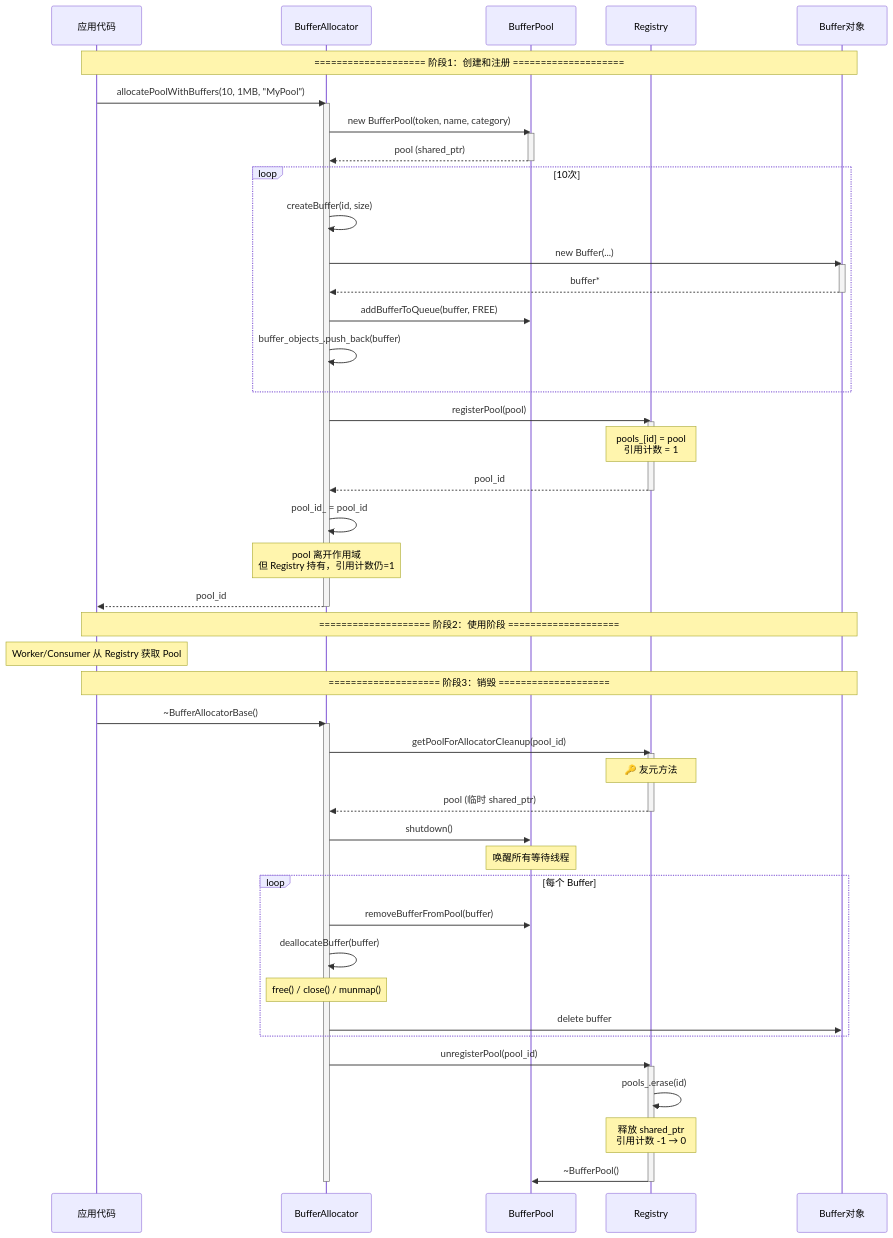
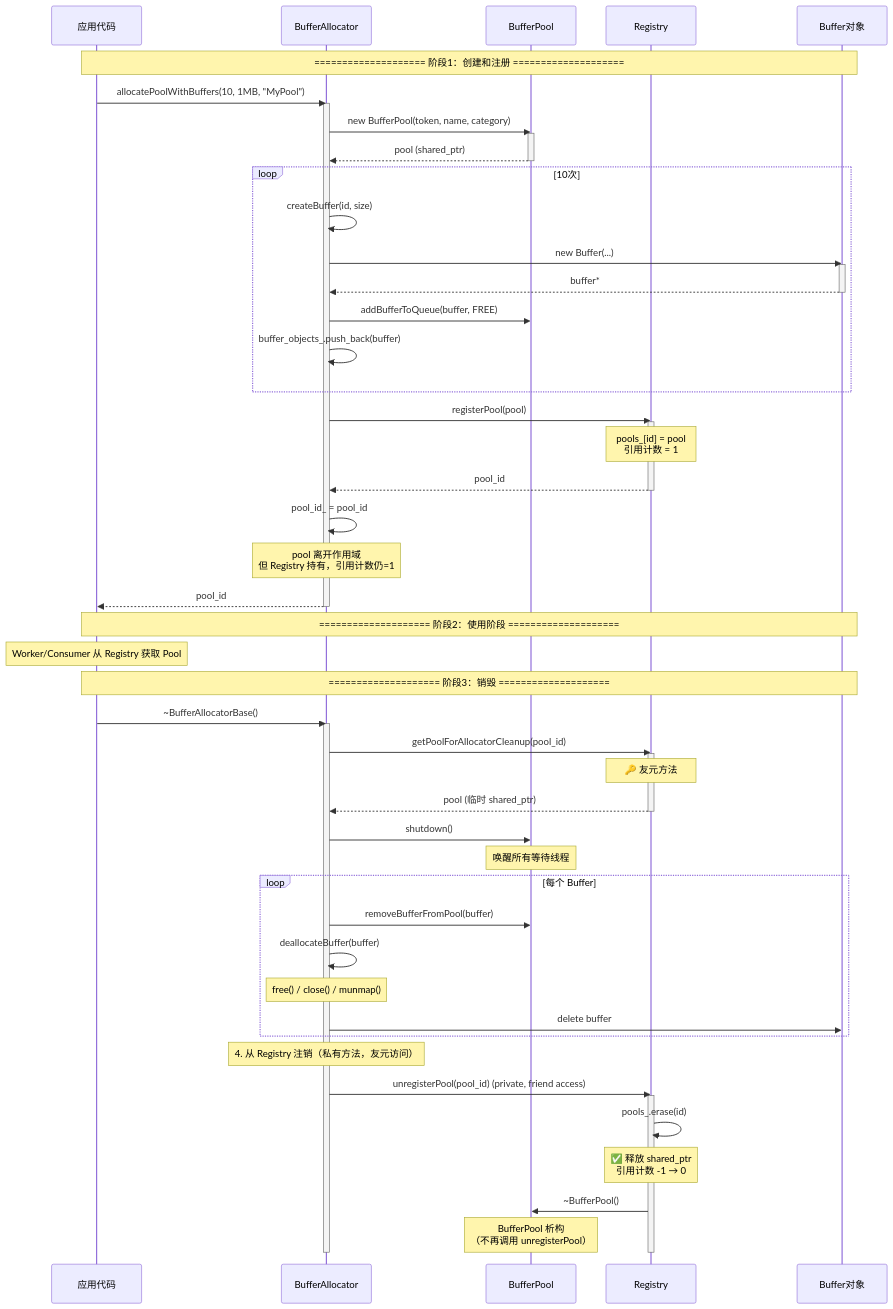
The ninth of 12 diagrams in include/buffer/Buffer-subsystem-architecture.md (luoxiafeng-1990/components), drawn with Mermaid before and after one commit. The commit also changed other lines of this file and 15 other files, not shown here.

Commit message:
(1)register manage all bufferPool,including the creator (2)all allocators responsible for bufferPool create and destroy,when doing de-constructor,must call destroyPool function by each allocator-sub-class

````diff
--- a/include/buffer/Buffer-subsystem-architecture.md
+++ b/include/buffer/Buffer-subsystem-architecture.md
@@ -2390,75 +2421,77 @@
 ```mermaid
 sequenceDiagram
     participant App as 应用代码
     participant Alloc as BufferAllocator
     participant Pool as BufferPool
     participant Reg as Registry
     participant Buf as Buffer对象
     
     Note over App,Buf: ==================== 阶段1：创建和注册 ====================
     
     App->>Alloc: allocatePoolWithBuffers(10, 1MB, "MyPool")
     activate Alloc
     
     Alloc->>Pool: new BufferPool(token, name, category)
     activate Pool
     Pool-->>Alloc: pool (shared_ptr)
     deactivate Pool
     
     loop 10次
         Alloc->>Alloc: createBuffer(id, size)
         Alloc->>Buf: new Buffer(...)
         activate Buf
         Buf-->>Alloc: buffer*
         deactivate Buf
         
         Alloc->>Pool: addBufferToQueue(buffer, FREE)
         Alloc->>Alloc: buffer_objects_.push_back(buffer)
     end
     
     Alloc->>Reg: registerPool(pool)
     activate Reg
     Note over Reg: pools_[id] = pool<br/>引用计数 = 1
     Reg-->>Alloc: pool_id
     deactivate Reg
     
     Alloc->>Alloc: pool_id_ = pool_id
     Note over Alloc: pool 离开作用域<br/>但 Registry 持有，引用计数仍=1
     
     Alloc-->>App: pool_id
     deactivate Alloc
     
     Note over App,Buf: ==================== 阶段2：使用阶段 ====================
     Note over App: Worker/Consumer 从 Registry 获取 Pool
     
     Note over App,Buf: ==================== 阶段3：销毁 ====================
     
     App->>Alloc: ~BufferAllocatorBase()
     activate Alloc
     
     Alloc->>Reg: getPoolForAllocatorCleanup(pool_id)
     activate Reg
     Note over Reg: 🔑 友元方法
     Reg-->>Alloc: pool (临时 shared_ptr)
     deactivate Reg
     
     Alloc->>Pool: shutdown()
     Note over Pool: 唤醒所有等待线程
     
     loop 每个 Buffer
         Alloc->>Pool: removeBufferFromPool(buffer)
         Alloc->>Alloc: deallocateBuffer(buffer)
         Note over Alloc: free() / close() / munmap()
         Alloc->>Buf: delete buffer
     end
     
-    Alloc->>Reg: unregisterPool(pool_id)
+    Note over Alloc: 4. 从 Registry 注销（私有方法，友元访问）
+    Alloc->>Reg: unregisterPool(pool_id) (private, friend access)
     activate Reg
     Reg->>Reg: pools_.erase(id)
-    Note over Reg: 释放 shared_ptr<br/>引用计数 -1 → 0
+    Note over Reg: ✅ 释放 shared_ptr<br/>引用计数 -1 → 0
     Reg->>Pool: ~BufferPool()
+    Note over Pool: BufferPool 析构<br/>（不再调用 unregisterPool）
     destroy Pool
     deactivate Reg
     
     deactivate Alloc
 ```
````
